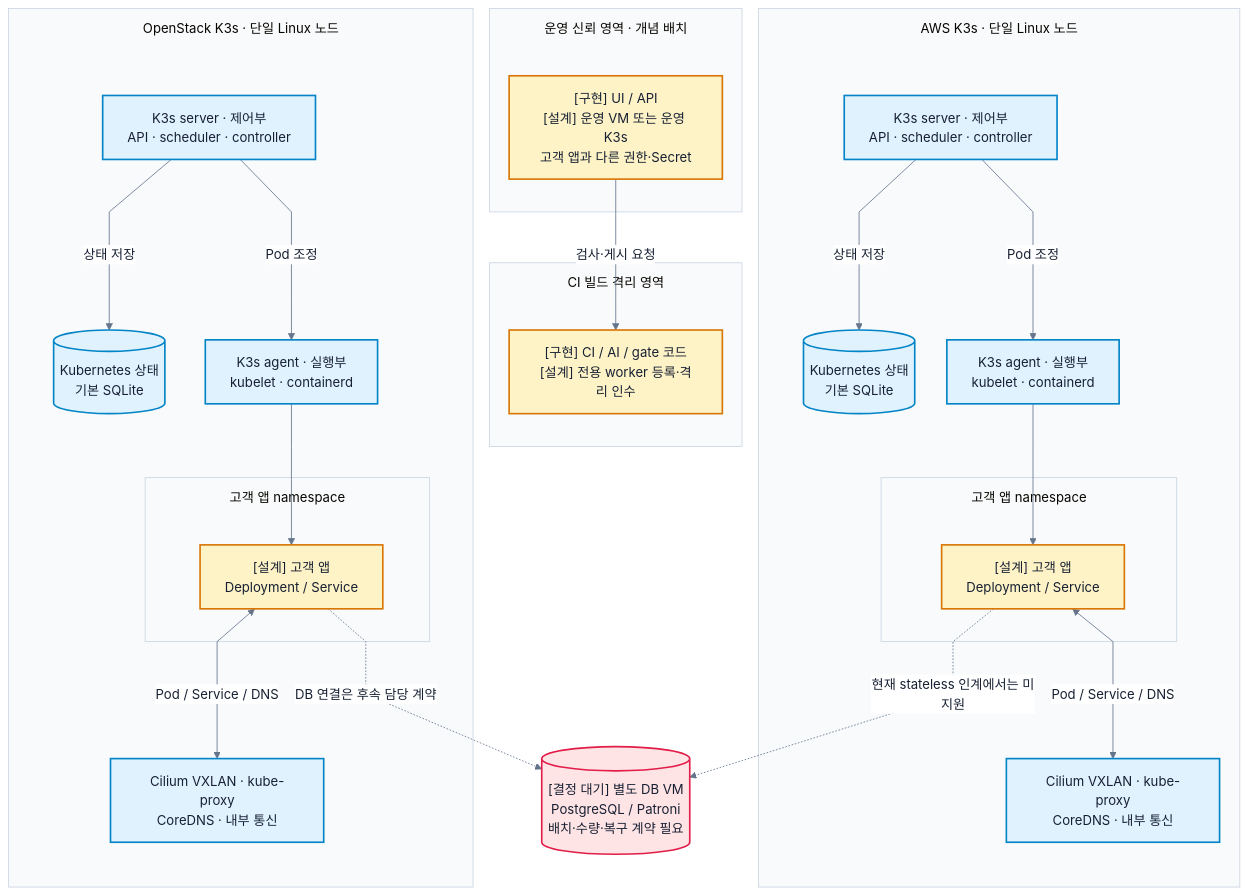
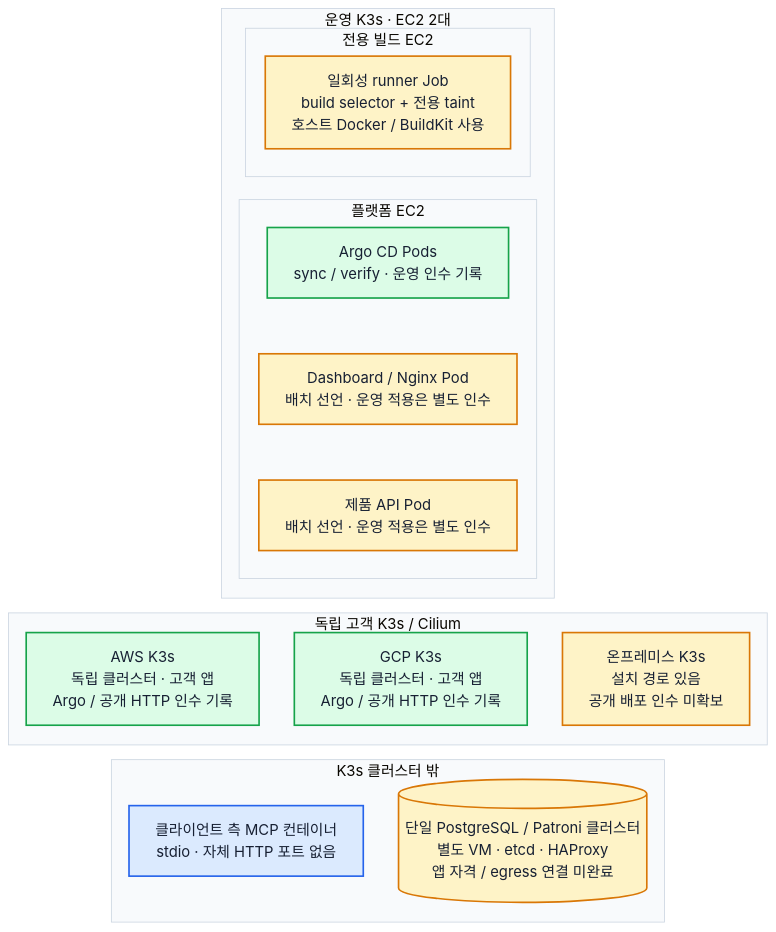
The diagram in docs/architecture/diagrams/cluster-structure.mmd (Jasmin-Softbank/Railshot), drawn with Mermaid before and after one commit. The commit also changed 22 other files, not shown here.

Commit message:
docs: align architecture diagrams with integrated runtime contracts

```diff
--- a/docs/architecture/diagrams/cluster-structure.mmd
+++ b/docs/architecture/diagrams/cluster-structure.mmd
@@ -1,43 +1,36 @@
-%%{init: {"theme":"base","fontFamily":"Arial,sans-serif","themeVariables":{"fontFamily":"Arial,sans-serif","fontSize":"16px","primaryTextColor":"#172033","lineColor":"#64748b","edgeLabelBackground":"#ffffff","clusterBkg":"#f8fafc","clusterBorder":"#cbd5e1"},"flowchart":{"curve":"linear","nodeSpacing":28,"rankSpacing":80,"htmlLabels":true,"subGraphTitleMargin":{"top":12,"bottom":30}}}}%%
+%%{init: {"theme":"base","themeVariables":{"fontFamily":"Arial, Apple SD Gothic Neo, sans-serif","fontSize":"18px","lineColor":"#64748b","primaryTextColor":"#172033","clusterBkg":"#f8fafc","clusterBorder":"#cbd5e1","edgeLabelBackground":"#ffffff"},"flowchart":{"curve":"linear","nodeSpacing":28,"rankSpacing":18,"htmlLabels":true,"wrappingWidth":340,"padding":16}}}%%
 flowchart TB
-  subgraph OPS["운영 신뢰 영역 · 개념 배치"]
-    API["[구현] UI / API<br/>[설계] 운영 VM 또는 운영 K3s<br/>고객 앱과 다른 권한·Secret"]:::design
+ subgraph OPS["운영 K3s · EC2 2대"]
+  direction LR
+  subgraph PLATFORM["플랫폼 EC2"]
+   direction TB
+   C["Argo CD Pods<br/>sync / verify · 운영 인수 기록"]
+   D["Dashboard / Nginx Pod<br/>배치 선언 · 운영 적용은 별도 인수"]
+   A["제품 API Pod<br/>배치 선언 · 운영 적용은 별도 인수"]
+   C ~~~ D ~~~ A
   end
-  subgraph BUILD["CI 빌드 격리 영역"]
-    CI["[구현] CI / AI / gate 코드<br/>[설계] 전용 worker 등록·격리 인수"]:::design
+  subgraph BUILD["전용 빌드 EC2"]
+   R["일회성 runner Job<br/>build selector + 전용 taint<br/>호스트 Docker / BuildKit 사용"]
   end
-    subgraph CLOUD["AWS K3s · 단일 Linux 노드"]
-        CP["K3s server · 제어부<br/>API · scheduler · controller"]:::code
-        CS[("Kubernetes 상태<br/>기본 SQLite")]:::code
-        CW["K3s agent · 실행부<br/>kubelet · containerd"]:::code
-        CN["Cilium VXLAN · kube-proxy<br/>CoreDNS · 내부 통신"]:::code
-        subgraph CNS["고객 앱 namespace"]
-          CA["[설계] 고객 앱<br/>Deployment / Service"]:::design
-        end
-        CP -->|"상태 저장"| CS
-        CP -->|"Pod 조정"| CW
-        CW --> CA
-        CA <-->|"Pod / Service / DNS"| CN
-    end
-    subgraph ONPREM["OpenStack K3s · 단일 Linux 노드"]
-        OP["K3s server · 제어부<br/>API · scheduler · controller"]:::code
-        OS[("Kubernetes 상태<br/>기본 SQLite")]:::code
-        OW["K3s agent · 실행부<br/>kubelet · containerd"]:::code
-        ON["Cilium VXLAN · kube-proxy<br/>CoreDNS · 내부 통신"]:::code
-        subgraph ONS["고객 앱 namespace"]
-          OA["[설계] 고객 앱<br/>Deployment / Service"]:::design
-        end
-        OP -->|"상태 저장"| OS
-        OP -->|"Pod 조정"| OW
-        OW --> OA
-        OA <-->|"Pod / Service / DNS"| ON
-    end
-  DB[("[결정 대기] 별도 DB VM<br/>PostgreSQL / Patroni<br/>배치·수량·복구 계약 필요")]:::pending
-  API -->|"검사·게시 요청"| CI
-  CA -.->|"현재 stateless 인계에서는 미지원"| DB
-  OA -.->|"DB 연결은 후속 담당 계약"| DB
-
-classDef code fill:#e0f2fe,stroke:#0284c7,color:#172033,stroke-width:2px
-classDef design fill:#fef3c7,stroke:#d97706,color:#172033,stroke-width:2px
-classDef pending fill:#ffe4e6,stroke:#e11d48,color:#172033,stroke-width:2px
-classDef actor fill:#172033,stroke:#172033,color:#ffffff,stroke-width:2px
+ end
+ subgraph CUSTOMERS["독립 고객 K3s / Cilium"]
+  direction LR
+  AWS["AWS K3s<br/>독립 클러스터 · 고객 앱<br/>Argo / 공개 HTTP 인수 기록"]
+  GCP["GCP K3s<br/>독립 클러스터 · 고객 앱<br/>Argo / 공개 HTTP 인수 기록"]
+  ONP["온프레미스 K3s<br/>설치 경로 있음<br/>공개 배포 인수 미확보"]
+  AWS ~~~ GCP ~~~ ONP
+ end
+ subgraph OUTSIDE["K3s 클러스터 밖"]
+  direction LR
+  M["클라이언트 측 MCP 컨테이너<br/>stdio · 자체 HTTP 포트 없음"]
+  DB[("단일 PostgreSQL / Patroni 클러스터<br/>별도 VM · etcd · HAProxy<br/>앱 자격 / egress 연결 미완료")]
+  M ~~~ DB
+ end
+ OPS ~~~ CUSTOMERS ~~~ OUTSIDE
+ class M code
+ class D,A,R,ONP,DB pending
+ class C,AWS,GCP evidence
+classDef code fill:#dbeafe,stroke:#2563eb,color:#172033,stroke-width:2px
+classDef evidence fill:#dcfce7,stroke:#16a34a,color:#172033,stroke-width:2px
+classDef pending fill:#fef3c7,stroke:#d97706,color:#172033,stroke-width:2px
+classDef external fill:#f1f5f9,stroke:#64748b,color:#172033,stroke-width:2px
```
